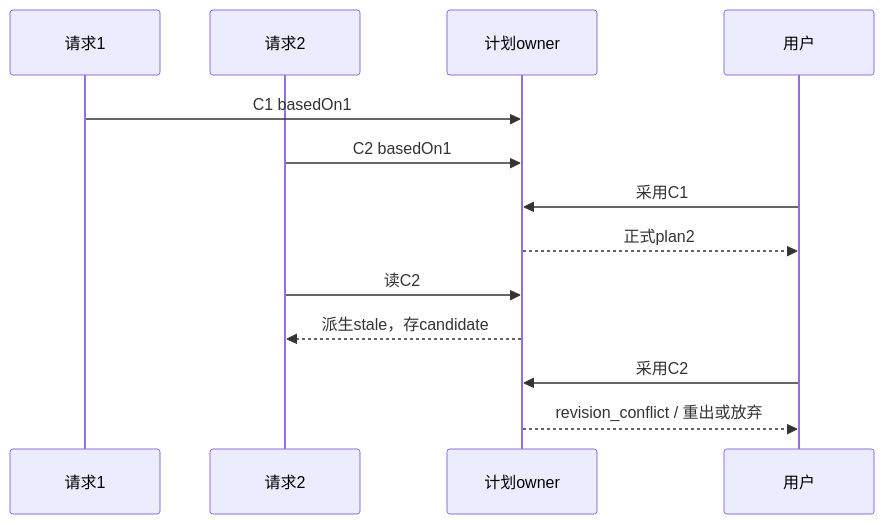
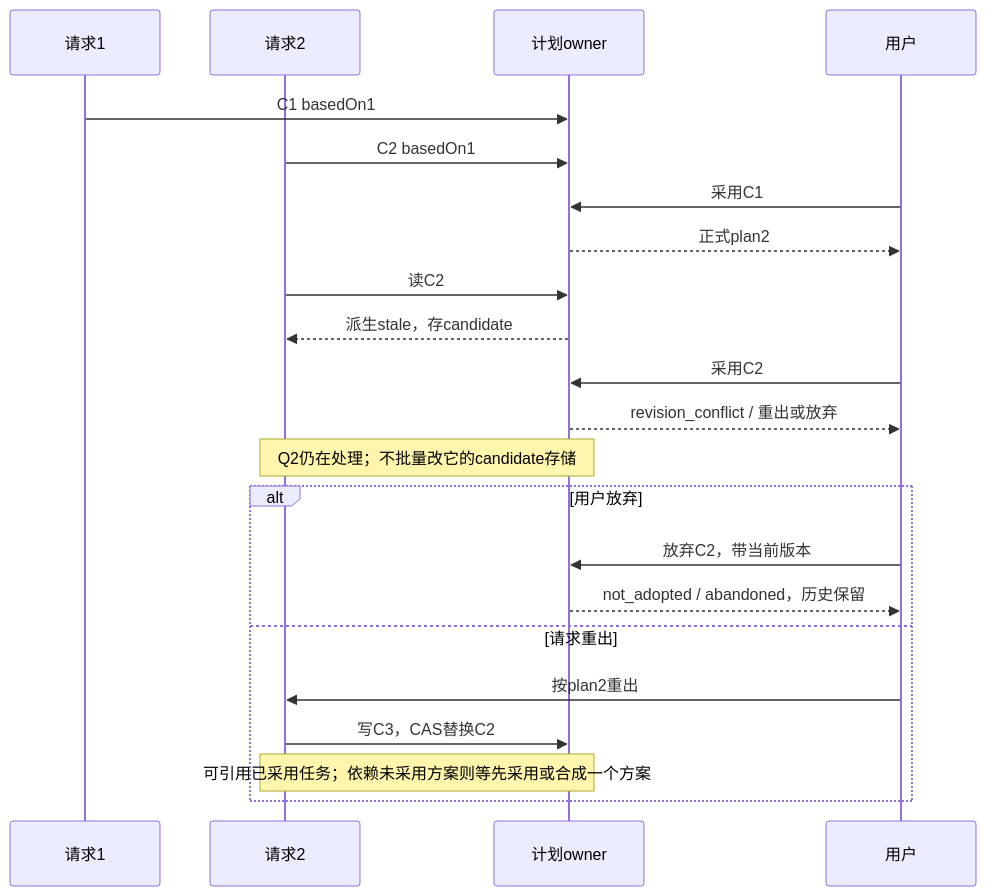
One commit to hk865/coding-platform changed diagram 16 of 24 in docs/refactor/design/orchestration-2026-10/model/DIAGRAMS.md. Above: the diagram before and after it, drawn with Mermaid. The commit also changed other lines of this file and 1 other file, not shown here.

First line of the commit message:
docs: freeze the wiring-2 spec (U1 = 甲, L10–L12, test-driven section 5) and bring DIAGRAMS up to decisions 42–49

````diff
--- a/docs/refactor/design/orchestration-2026-10/model/DIAGRAMS.md
+++ b/docs/refactor/design/orchestration-2026-10/model/DIAGRAMS.md
@@ -370,15 +562,24 @@
 ```mermaid
 sequenceDiagram
   participant Q1 as 请求1
   participant Q2 as 请求2
   participant P as 计划owner
   participant U as 用户
   Q1->>P: C1 basedOn1
   Q2->>P: C2 basedOn1
   U->>P: 采用C1
   P-->>U: 正式plan2
   Q2->>P: 读C2
   P-->>Q2: 派生stale，存candidate
   U->>P: 采用C2
   P-->>U: revision_conflict / 重出或放弃
+  Note over Q2,P: Q2仍在处理；不批量改它的candidate存储
+  alt 用户放弃
+    U->>P: 放弃C2，带当前版本
+    P-->>U: not_adopted / abandoned，历史保留
+  else 请求重出
+    U->>Q2: 按plan2重出
+    Q2->>P: 写C3，CAS替换C2
+    Note over Q2,P: 可引用已采用任务；依赖未采用方案则等先采用或合成一个方案
+  end
 ```
````
